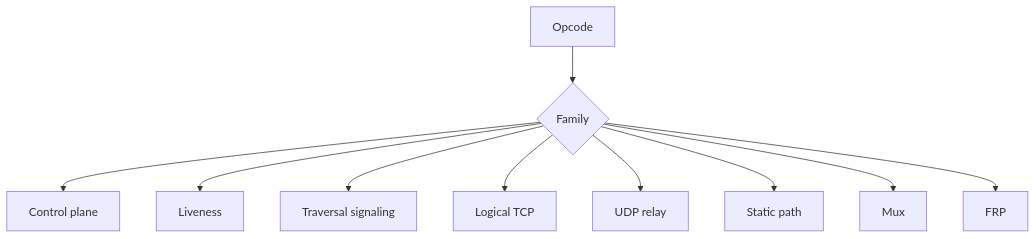
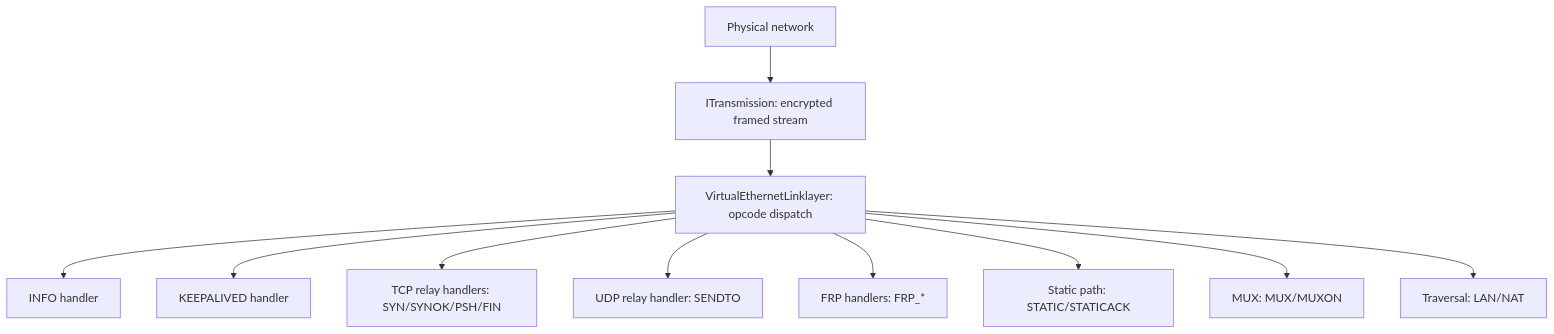
Before and after one commit to HyacinthHaru/openppp2: the first of 13 diagrams in docs/LINKLAYER_PROTOCOL.md, drawn with Mermaid. The commit also changed other lines of this file and 93 other files, not shown here.

````diff
--- a/docs/LINKLAYER_PROTOCOL.md
+++ b/docs/LINKLAYER_PROTOCOL.md
@@ -58,12 +31,13 @@
 ```mermaid
 flowchart TD
-    A[Opcode] --> B{Family}
-    B --> C[Control plane]
-    B --> D[Liveness]
-    B --> E[Traversal signaling]
-    B --> F[Logical TCP]
-    B --> G[UDP relay]
-    B --> H[Static path]
-    B --> I[Mux]
-    B --> J[FRP]
+    A[Physical network] --> B[ITransmission: encrypted framed stream]
+    B --> C[VirtualEthernetLinklayer: opcode dispatch]
+    C --> D[INFO handler]
+    C --> E[KEEPALIVED handler]
+    C --> F[TCP relay handlers: SYN/SYNOK/PSH/FIN]
+    C --> G[UDP relay handler: SENDTO]
+    C --> H[FRP handlers: FRP_*]
+    C --> I[Static path: STATIC/STATICACK]
+    C --> J[MUX: MUX/MUXON]
+    C --> K[Traversal: LAN/NAT]
 ```
````
